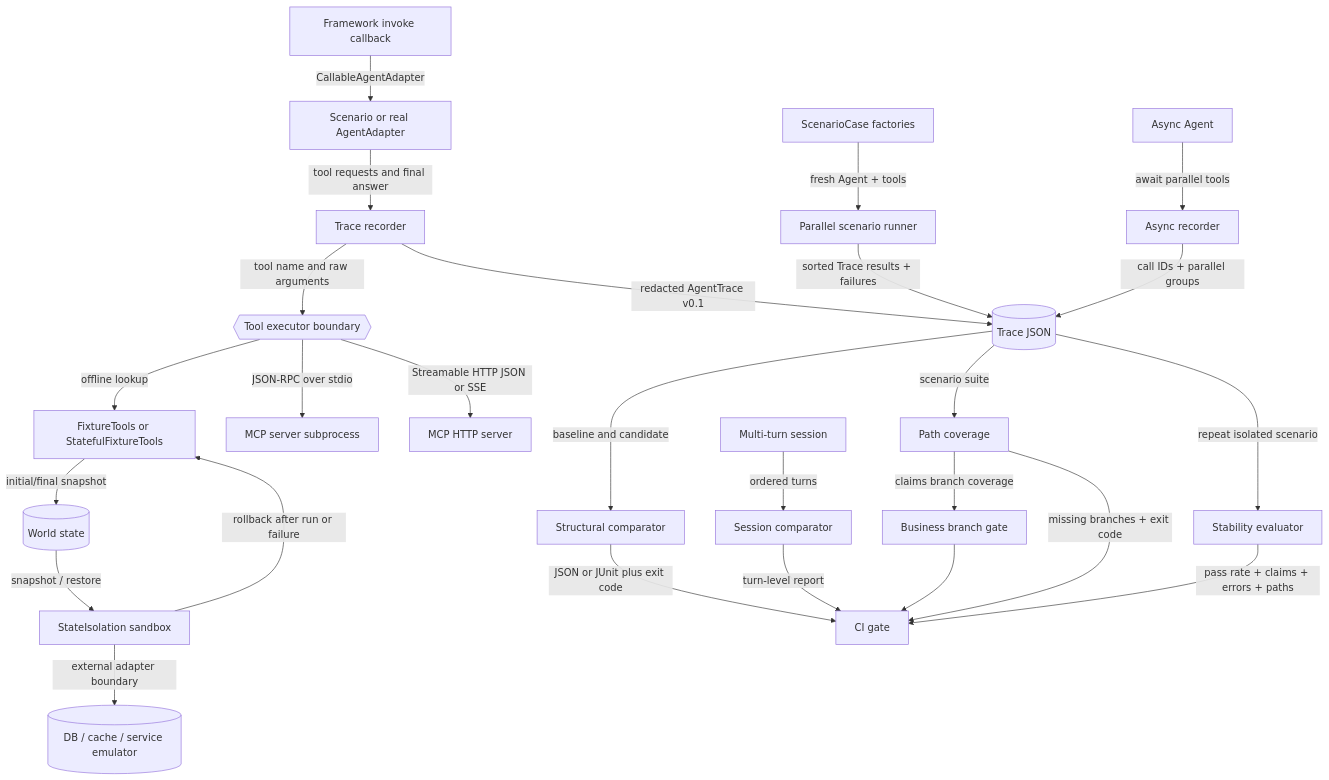
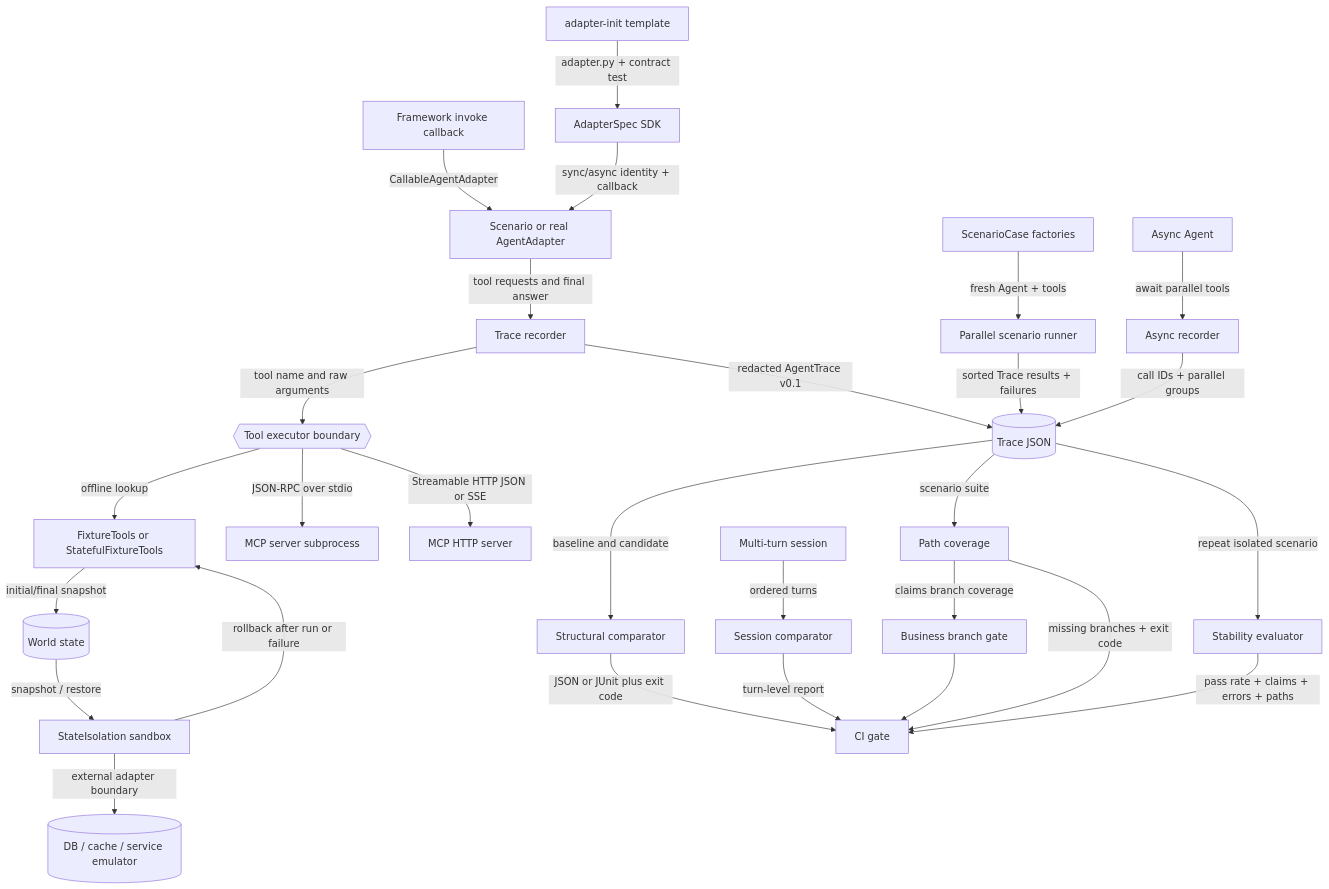
Before and after one commit to ANTAO94/agent-regression-kit: the first of 4 diagrams in docs/architecture.md, drawn with Mermaid. The commit also changed other lines of this file and 15 other files, not shown here.

Commit message:
feat: add v3.0 adapter sdk and templates

````diff
--- a/docs/architecture.md
+++ b/docs/architecture.md
@@ -5,28 +5,30 @@
 ```mermaid
 flowchart TD
     Scenario[Scenario or real AgentAdapter] -->|tool requests and final answer| Recorder[Trace recorder]
     Framework[Framework invoke callback] -->|CallableAgentAdapter| Scenario
     Recorder -->|tool name and raw arguments| Executor{{Tool executor boundary}}
     Executor -->|offline lookup| Fixture[FixtureTools or StatefulFixtureTools]
     Fixture -->|initial/final snapshot| World[(World state)]
     World -->|snapshot / restore| Isolation[StateIsolation sandbox]
     Isolation -->|rollback after run or failure| Fixture
     Isolation -->|external adapter boundary| External[(DB / cache / service emulator)]
     Executor -->|JSON-RPC over stdio| MCP[MCP server subprocess]
     Executor -->|Streamable HTTP JSON or SSE| HTTP[MCP HTTP server]
     Recorder -->|redacted AgentTrace v0.1| Trace[(Trace JSON)]
     Trace -->|baseline and candidate| Compare[Structural comparator]
     Compare -->|JSON or JUnit plus exit code| CI[CI gate]
     Session[Multi-turn session] -->|ordered turns| SessionCompare[Session comparator]
     SessionCompare -->|turn-level report| CI
     Coverage -->|claims branch coverage| BusinessGate[Business branch gate]
     BusinessGate --> CI
     Trace -->|scenario suite| Coverage[Path coverage]
     Coverage -->|missing branches + exit code| CI
     Suite[ScenarioCase factories] -->|fresh Agent + tools| Parallel[Parallel scenario runner]
     Parallel -->|sorted Trace results + failures| Trace
     Trace -->|repeat isolated scenario| Stability[Stability evaluator]
     Stability -->|pass rate + claims + errors + paths| CI
     AsyncAgent[Async Agent] -->|await parallel tools| AsyncRecorder[Async recorder]
     AsyncRecorder -->|call IDs + parallel groups| Trace
+    AdapterSpec[AdapterSpec SDK] -->|sync/async identity + callback| Scenario
+    AdapterTemplate[adapter-init template] -->|adapter.py + contract test| AdapterSpec
 ```
````
